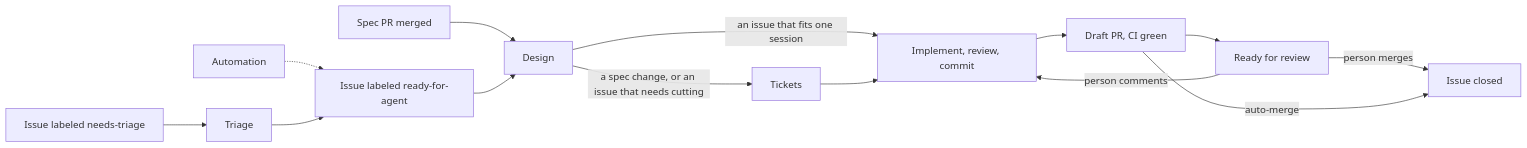
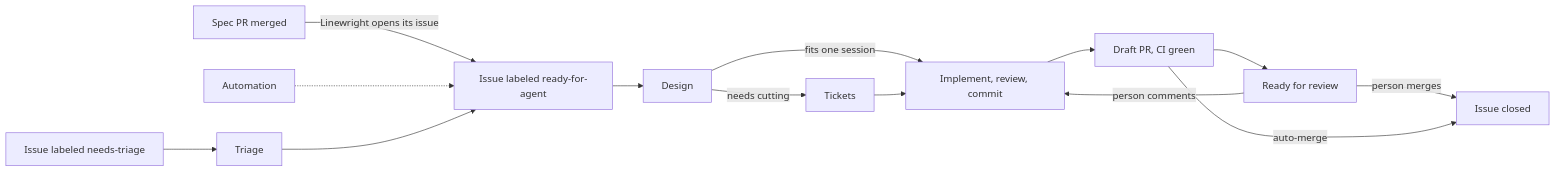
One commit to tibbe/linewright changed the diagram in docs/specs/product.md. Above: the diagram before and after it, drawn with Mermaid. The commit also changed 14 other files, not shown here.

````diff
--- a/docs/specs/product.md
+++ b/docs/specs/product.md
@@ -78,15 +78,15 @@
 ```mermaid
 flowchart LR
-    spec[Spec PR merged] --> design[Design]
+    spec[Spec PR merged] -- Linewright opens its issue --> ready
     issue[Issue labeled needs-triage] --> triage[Triage]
     automation[Automation] -.-> ready
     triage --> ready[Issue labeled ready-for-agent]
-    ready --> design
-    design -- an issue that fits one session --> impl[Implement, review, commit]
-    design -- a spec change, or an issue that needs cutting --> tickets[Tickets] --> impl
+    ready --> design[Design]
+    design -- fits one session --> impl[Implement, review, commit]
+    design -- needs cutting --> tickets[Tickets] --> impl
     impl --> draft[Draft PR, CI green]
     draft --> review[Ready for review]
     review -- person comments --> impl
     review -- person merges --> done[Issue closed]
     draft -- auto-merge --> done
 ```
````
